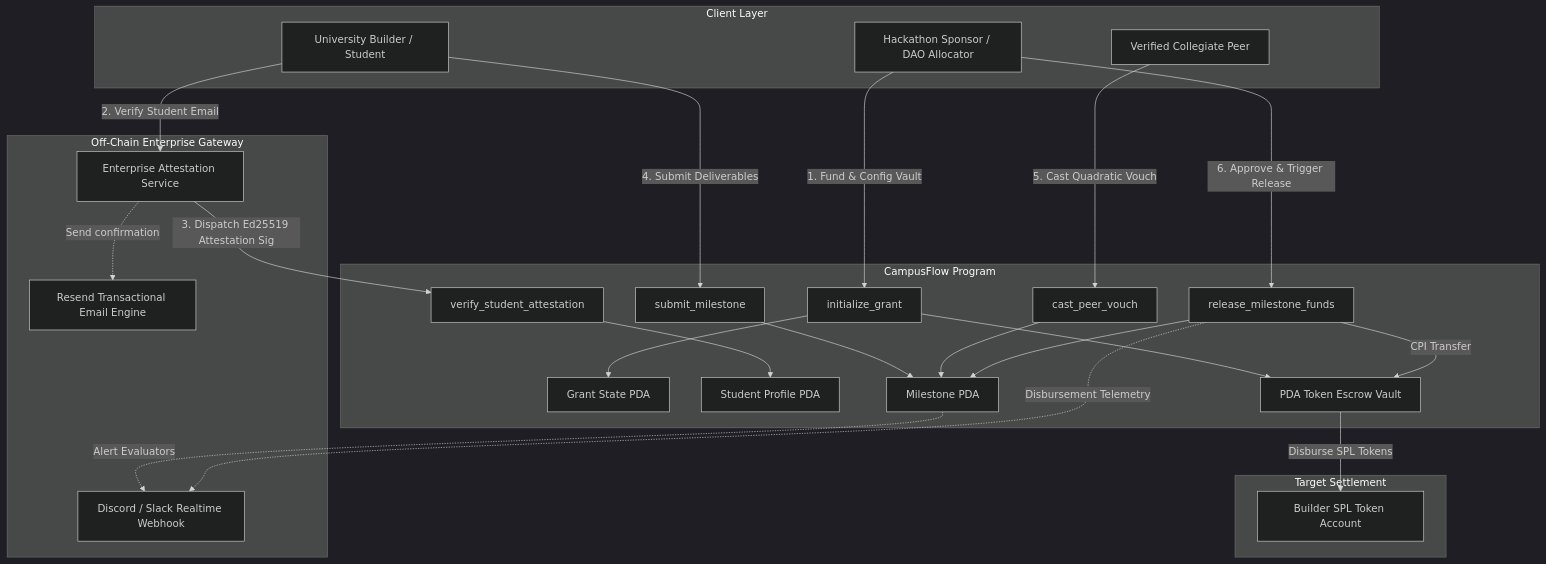
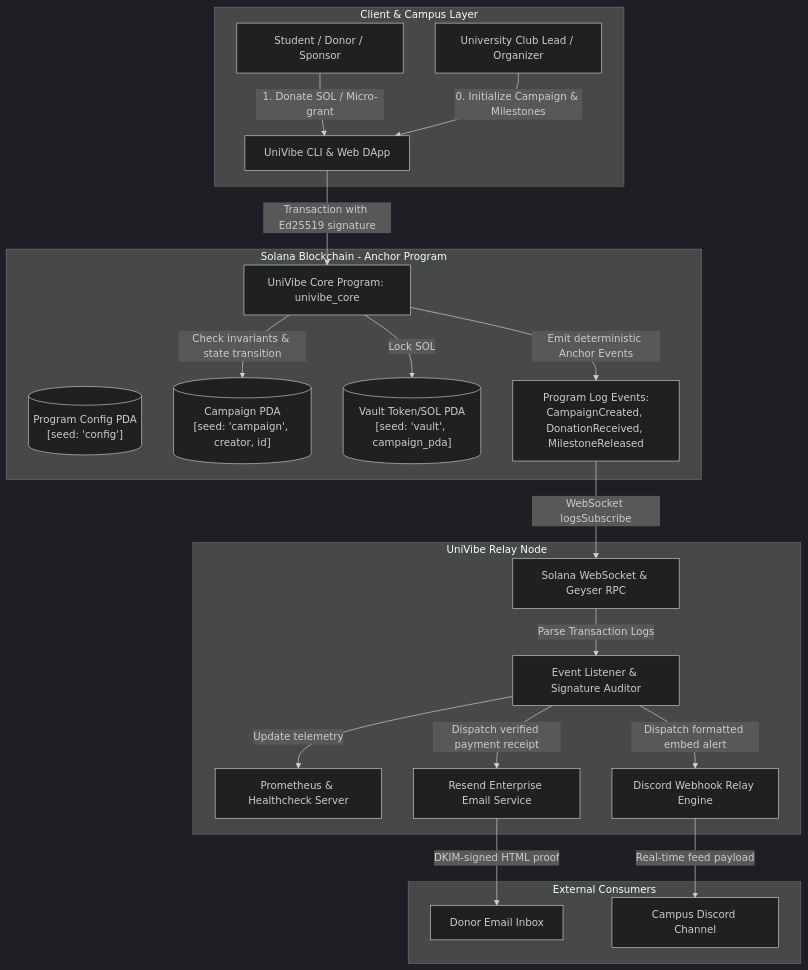
One commit to wiliancolomboo-tech/web3-develop-solana-web3-project-mvp---p-d4f422 changed the diagram in README.md. Above: the diagram before and after it, drawn with Mermaid (dark theme). The commit also changed other lines of this file and 209 other files, not shown here.

````diff
--- a/README.md
+++ b/README.md
@@ -37,54 +25,46 @@
 ```mermaid
 flowchart TD
-    subgraph Client Layer
-        Builder[University Builder / Student]
-        Sponsor[Hackathon Sponsor / DAO Allocator]
-        Peer[Verified Collegiate Peer]
+    subgraph Client & Campus Layer
+        User[Student / Donor / Sponsor]
+        Admin[University Club Lead / Organizer]
+        CLI[UniVibe CLI & Web DApp]
     end
 
-    subgraph Off-Chain Enterprise Gateway
-        AuthEngine[Enterprise Attestation Service]
-        ResendAPI[Resend Transactional Email Engine]
-        DiscordHook[Discord / Slack Realtime Webhook]
+    subgraph Solana Runtime [Solana Blockchain - Anchor Program]
+        Program[UniVibe Core Program: univibe_core]
+        ConfigPDA[("Program Config PDA\n[seed: 'config']")]
+        CampaignPDA[("Campaign PDA\n[seed: 'campaign', creator, id]")]
+        VaultPDA[("Vault Token/SOL PDA\n[seed: 'vault', campaign_pda]")]
+        Events[Program Log Events:\nCampaignCreated, DonationReceived, MilestoneReleased]
     end
 
-    subgraph Solana Runtime Engine [CampusFlow Program]
-        InitGrant[initialize_grant]
-        VerifyStudent[verify_student_attestation]
-        SubmitMilestone[submit_milestone]
-        CastVouch[cast_peer_vouch]
-        ReleaseFunds[release_milestone_funds]
-        
-        StateGrant[Grant State PDA]
-        StateStudent[Student Profile PDA]
-        StateMilestone[Milestone PDA]
-        VaultEscrow[PDA Token Escrow Vault]
+    subgraph Off-Chain Enterprise Worker [UniVibe Relay Node]
+        RPC[Solana WebSocket & Geyser RPC]
+        Listener[Event Listener & Signature Auditor]
+        Metrics[Prometheus & Healthcheck Server]
+        ResendAdapter[Resend Enterprise Email Service]
+        DiscordAdapter[Discord Webhook Relay Engine]
     end
 
-    subgraph Target Settlement
-        BuilderTokenAccount[Builder SPL Token Account]
+    subgraph External Consumers
+        BackerMail[Donor Email Inbox]
+        ClubDiscord[Campus Discord Channel]
     end
 
-    %% Flow interactions
-    Sponsor -->|1. Fund & Config Vault| InitGrant
-    InitGrant --> StateGrant
-    InitGrant --> VaultEscrow
+    User -->|1. Donate SOL / Micro-grant| CLI
+    Admin -->|0. Initialize Campaign & Milestones| CLI
+    CLI -->|Transaction with Ed25519 signature| Program
 
-    Builder -->|2. Verify Student Email| AuthEngine
-    AuthEngine -->|3. Dispatch Ed25519 Attestation Sig| VerifyStudent
-    VerifyStudent --> StateStudent
-    AuthEngine -.->|Send confirmation| ResendAPI
+    Program -->|Check invariants & state transition| CampaignPDA
+    Program -->|Lock SOL| VaultPDA
+    Program -->|Emit deterministic Anchor Events| Events
 
-    Builder -->|4. Submit Deliverables| SubmitMilestone
-    SubmitMilestone --> StateMilestone
-    StateMilestone -.->|Alert Evaluators| DiscordHook
+    Events -->|WebSocket logsSubscribe| RPC
+    RPC -->|Parse Transaction Logs| Listener
+    Listener -->|Update telemetry| Metrics
+    Listener -->|Dispatch verified payment receipt| ResendAdapter
+    Listener -->|Dispatch formatted embed alert| DiscordAdapter
 
-    Peer -->|5. Cast Quadratic Vouch| CastVouch
-    CastVouch --> StateMilestone
-
-    Sponsor -->|6. Approve & Trigger Release| ReleaseFunds
-    ReleaseFunds --> StateMilestone
-    ReleaseFunds -->|CPI Transfer| VaultEscrow
-    VaultEscrow -->|Disburse SPL Tokens| BuilderTokenAccount
-    ReleaseFunds -.->|Disbursement Telemetry| DiscordHook
+    ResendAdapter -->|DKIM-signed HTML proof| BackerMail
+    DiscordAdapter -->|Real-time feed payload| ClubDiscord
 ```
````
